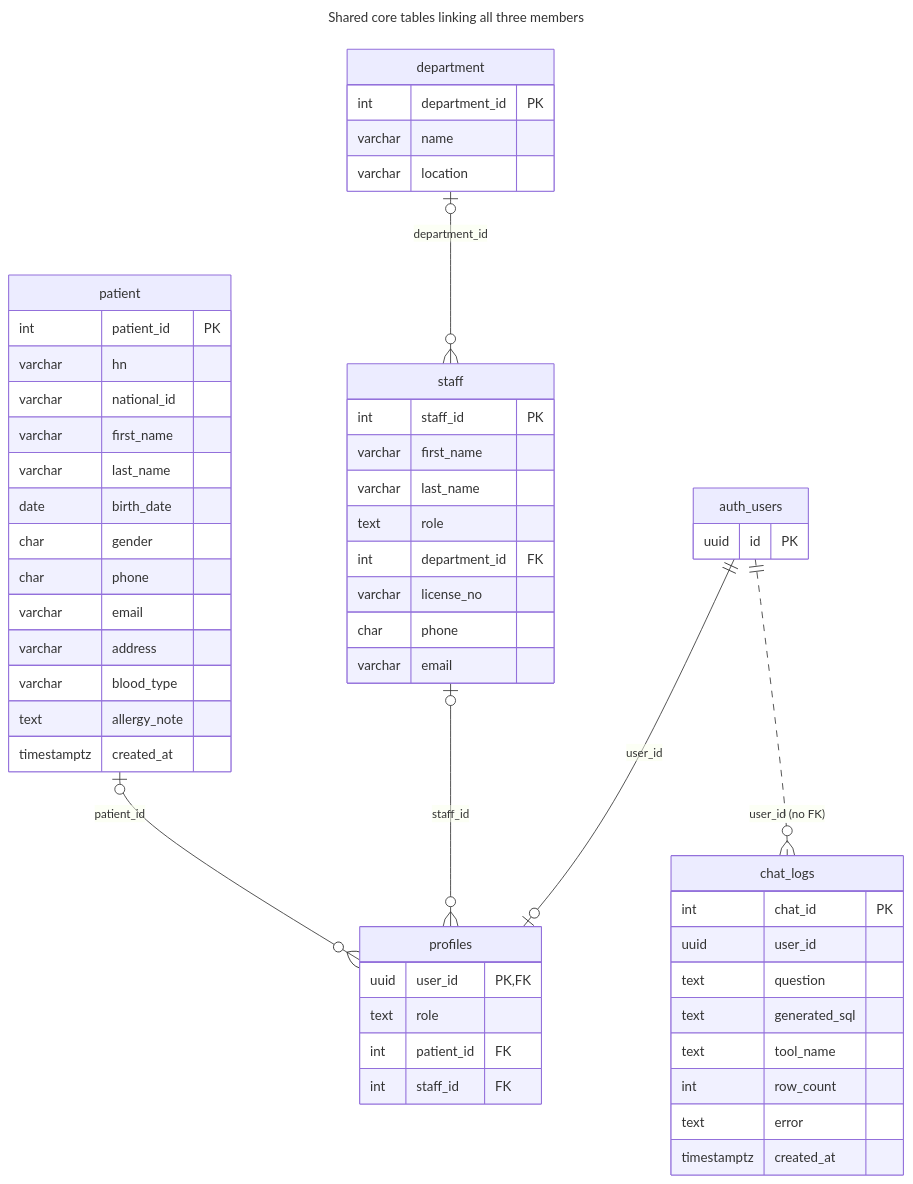
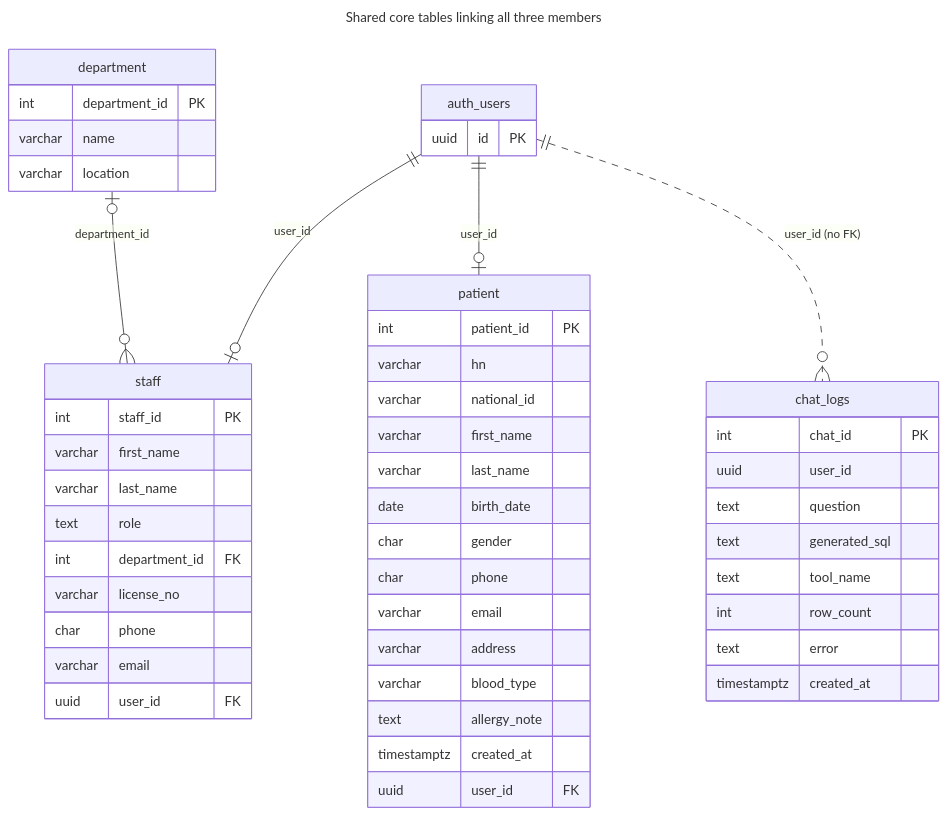
One commit to popongfm/AIE313-FinalProj_HospitalSystem changed the diagram in docs/er/er_core_shared.mmd. Above: the diagram before and after it, drawn with Mermaid. The commit also changed 45 other files, not shown here.

Commit message:
แยก user ออกจาก staff/patient: ลบ profiles, ใช้ user_id FK + trigger ผูกบัญชีตอนสมัคร

```diff
--- a/docs/er/er_core_shared.mmd
+++ b/docs/er/er_core_shared.mmd
@@ -1,58 +1,53 @@
 ---
 title: Shared core tables linking all three members
 ---
 erDiagram
     department {
         int department_id PK
         varchar name
         varchar location
     }
     staff {
         int staff_id PK
         varchar first_name
         varchar last_name
         text role
         int department_id FK
         varchar license_no
         char phone
         varchar email
+        uuid user_id FK
     }
     patient {
         int patient_id PK
         varchar hn
         varchar national_id
         varchar first_name
         varchar last_name
         date birth_date
         char gender
         char phone
         varchar email
         varchar address
         varchar blood_type
         text allergy_note
         timestamptz created_at
-    }
-    profiles {
-        uuid user_id PK,FK
-        text role
-        int patient_id FK
-        int staff_id FK
+        uuid user_id FK
     }
     chat_logs {
         int chat_id PK
         uuid user_id
         text question
         text generated_sql
         text tool_name
         int row_count
         text error
         timestamptz created_at
     }
     auth_users {
         uuid id PK
     }
     department |o--o{ staff : "department_id"
-    patient |o--o{ profiles : "patient_id"
-    staff |o--o{ profiles : "staff_id"
-    auth_users ||--o| profiles : "user_id"
+    auth_users ||--o| staff : "user_id"
+    auth_users ||--o| patient : "user_id"
     auth_users ||..o{ chat_logs : "user_id (no FK)"
```
